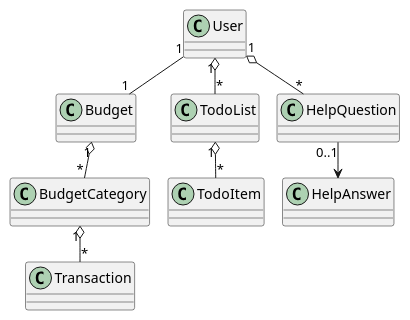
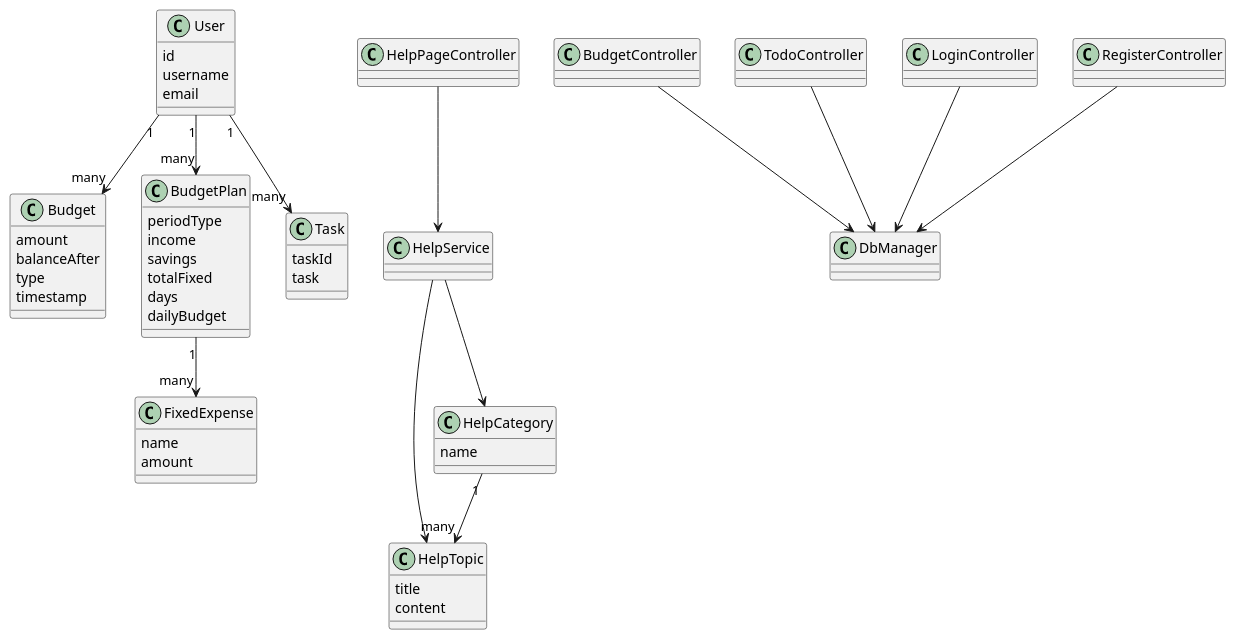
The diagram in modeller/Domæinmodel.puml (Melissabekirova04/TwoFeet), drawn with PlantUML before and after one commit. The commit also changed 1 other file, not shown here.

Commit message:
klasseDiagram og domænemodel

```diff
--- a/modeller/Domæinmodel.puml
+++ b/modeller/Domæinmodel.puml
@@ -1,24 +1,68 @@
 @startuml
-!pragma layout smetana
 
-class User
-class Budget
-class BudgetCategory
-class Transaction
-class TodoList
-class TodoItem
-class HelpQuestion
-class HelpAnswer
+class User {
+  id
+  username
+  email
+}
 
-' Relationer
-User "1" -- "1" Budget
-Budget "1" o-- "*" BudgetCategory
-BudgetCategory "1" o-- "*" Transaction
+class Budget {
+  amount
+  balanceAfter
+  type
+  timestamp
+}
 
-User "1" o-- "*" TodoList
-TodoList "1" o-- "*" TodoItem
+class BudgetPlan {
+  periodType
+  income
+  savings
+  totalFixed
+  days
+  dailyBudget
+}
 
-User "1" o-- "*" HelpQuestion
-HelpQuestion "0..1" --> HelpAnswer
+class FixedExpense {
+  name
+  amount
+}
+
+class Task {
+  taskId
+  task
+}
+
+class HelpTopic {
+  title
+  content
+}
+
+class HelpCategory {
+  name
+}
+
+' =====================
+' Services
+' =====================
+class HelpService
+
+HelpService --> HelpTopic
+HelpService --> HelpCategory
+HelpPageController --> HelpService
+
+' =====================
+' Relationships
+' =====================
+User "1" --> "many" Budget
+User "1" --> "many" Task
+User "1" --> "many" BudgetPlan
+
+BudgetPlan "1" --> "many" FixedExpense
+HelpCategory "1" --> "many" HelpTopic
+
+BudgetController --> DbManager
+TodoController --> DbManager
+LoginController --> DbManager
+RegisterController --> DbManager
 
 @enduml
```
